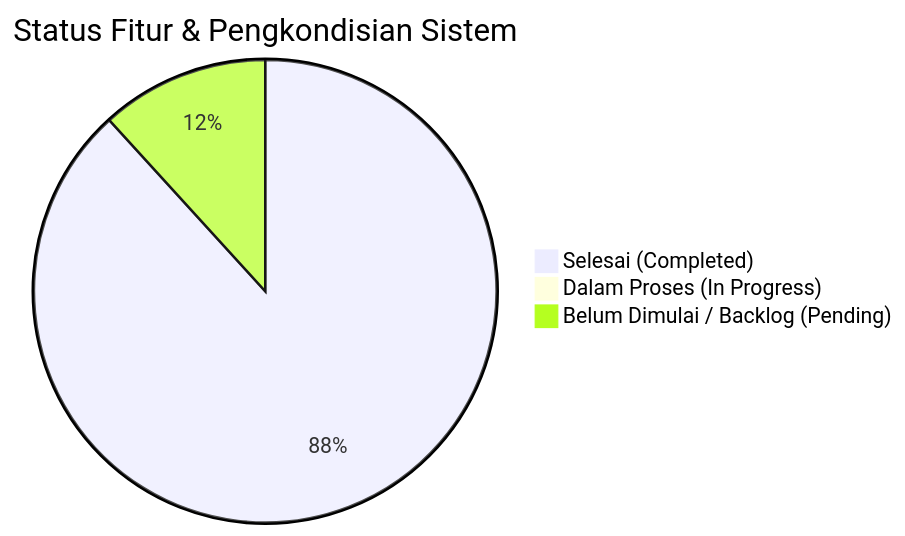
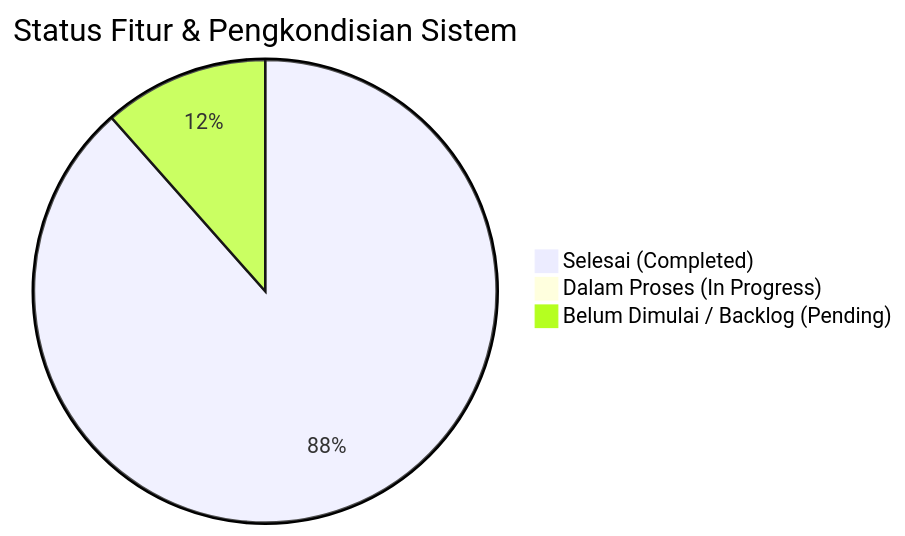
One commit to 4lliiifffff/pengembangan-presensi-pkbmpikat changed the diagram in docs/progress_pengembangan_sistem_presensi.md. Above: the diagram before and after it, drawn with Mermaid. The commit also changed other lines of this file and 29 other files, not shown here.

````diff
--- a/docs/progress_pengembangan_sistem_presensi.md
+++ b/docs/progress_pengembangan_sistem_presensi.md
@@ -12,6 +12,6 @@
 ```mermaid
 pie title Status Fitur & Pengkondisian Sistem
-    "Selesai (Completed)" : 45
+    "Selesai (Completed)" : 46
     "Dalam Proses (In Progress)" : 0
     "Belum Dimulai / Backlog (Pending)" : 6
 ```
````
